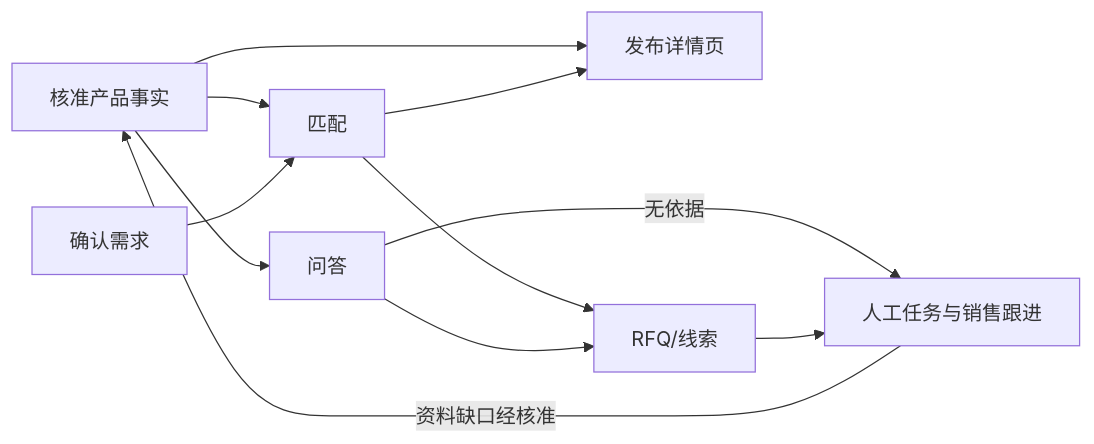
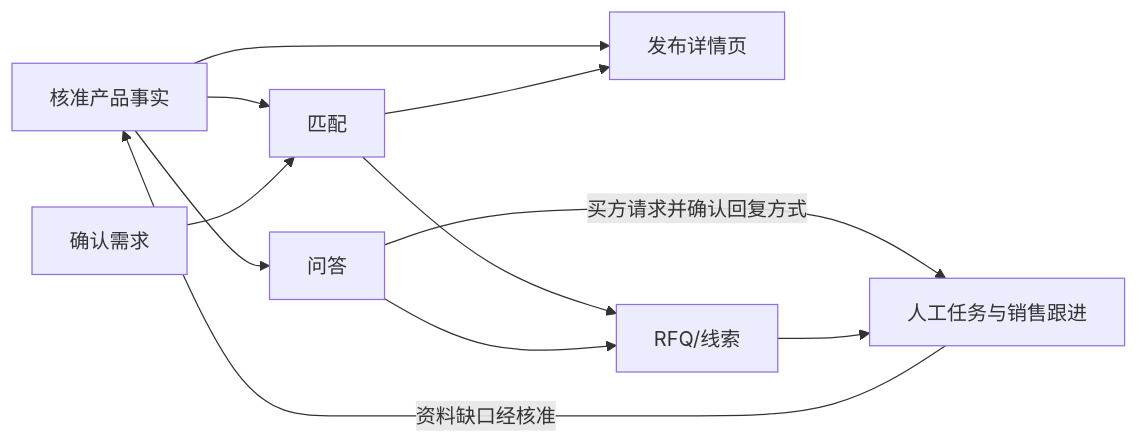
One commit to JiahaoShang/blinking-CB-water-pump-saas changed the diagram in docs/MVP-开发需求文档.md. Above: the diagram before and after it, drawn with Mermaid. The commit also changed other lines of this file and 5 other files, not shown here.

````diff
--- a/docs/MVP-开发需求文档.md
+++ b/docs/MVP-开发需求文档.md
@@ -133,13 +137,13 @@
 ```mermaid
 flowchart LR
   M1[核准产品事实] --> M2[发布详情页]
   M1 --> M4[匹配]
   M1 --> M5[问答]
   M3[确认需求] --> M4
   M4 --> M2
   M4 --> M6[RFQ/线索]
   M5 --> M6
-  M5 -- 无依据 --> M7[人工任务与销售跟进]
+  M5 -- 买方请求并确认回复方式 --> M7[人工任务与销售跟进]
   M6 --> M7
   M7 -- 资料缺口经核准 --> M1
 ```
````
